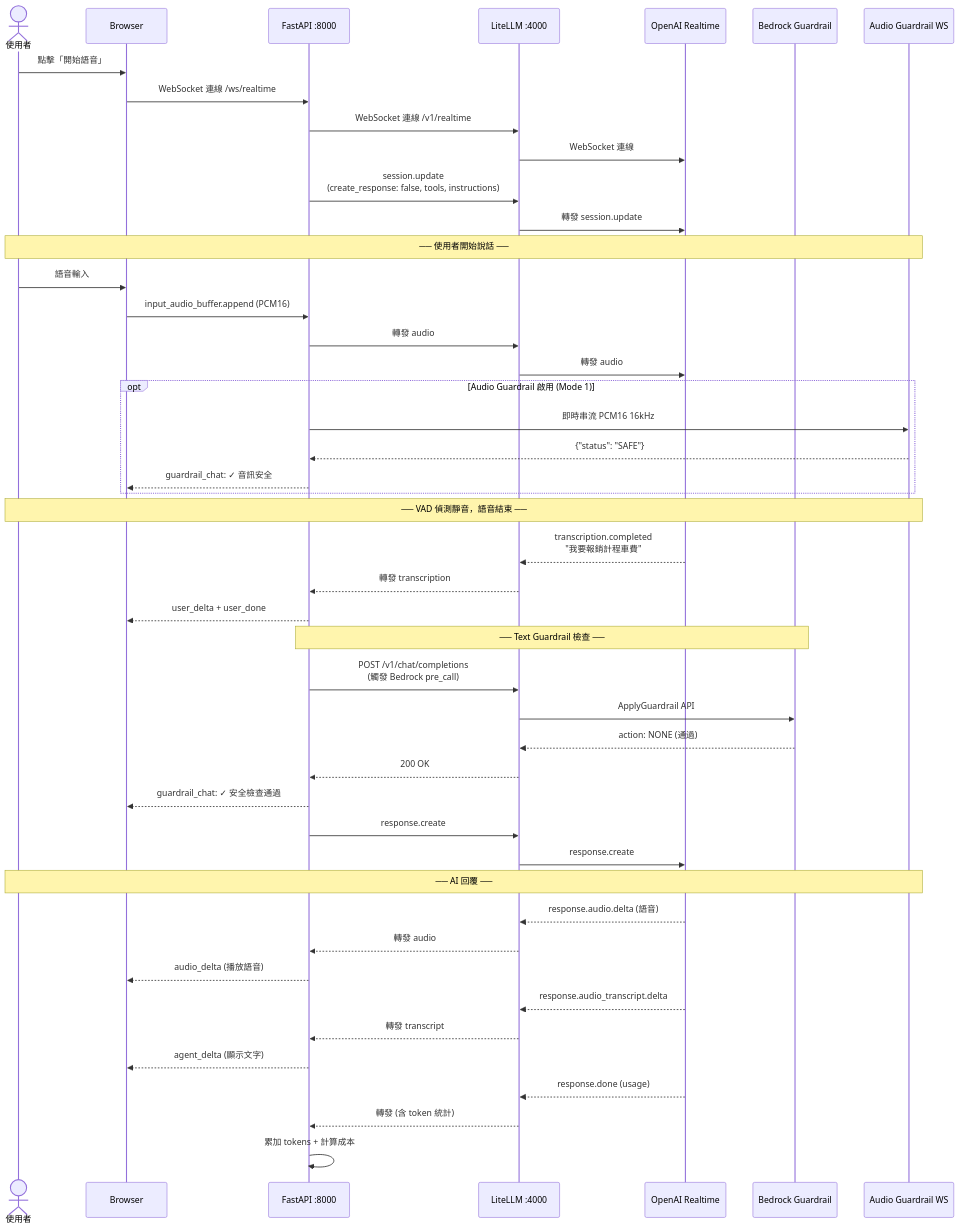
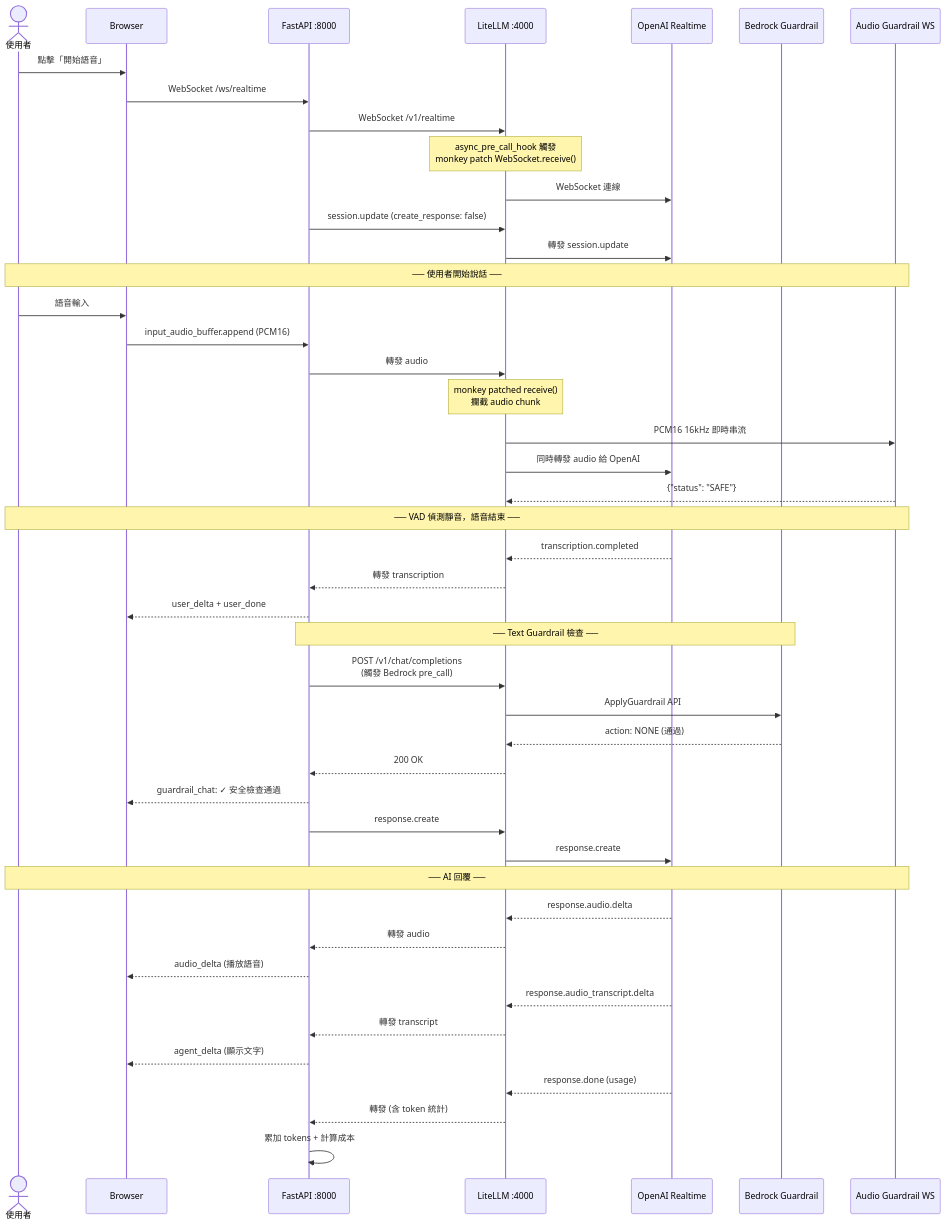
One commit to vic4code/speech-form-filling-demo changed the second of 4 diagrams in ARCHITECTURE.md. Above: the diagram before and after it, drawn with Mermaid. The commit also changed other lines of this file and 1 other file, not shown here.

First line of the commit message:
Update architecture diagrams to reflect monkey patch approach

````diff
--- a/ARCHITECTURE.md
+++ b/ARCHITECTURE.md
@@ -51,62 +51,64 @@
 ```mermaid
 sequenceDiagram
     actor User as 使用者
     participant Browser as Browser
     participant FastAPI as FastAPI :8000
     participant LiteLLM as LiteLLM :4000
     participant OpenAI as OpenAI Realtime
     participant Bedrock as Bedrock Guardrail
     participant AudioGR as Audio Guardrail WS
 
     User->>Browser: 點擊「開始語音」
-    Browser->>FastAPI: WebSocket 連線 /ws/realtime
-    FastAPI->>LiteLLM: WebSocket 連線 /v1/realtime
+    Browser->>FastAPI: WebSocket /ws/realtime
+    FastAPI->>LiteLLM: WebSocket /v1/realtime
+
+    Note over LiteLLM: async_pre_call_hook 觸發<br/>monkey patch WebSocket.receive()
+
     LiteLLM->>OpenAI: WebSocket 連線
-
-    FastAPI->>LiteLLM: session.update<br/>(create_response: false, tools, instructions)
+    FastAPI->>LiteLLM: session.update (create_response: false)
     LiteLLM->>OpenAI: 轉發 session.update
 
     Note over User,AudioGR: ── 使用者開始說話 ──
 
     User->>Browser: 語音輸入
     Browser->>FastAPI: input_audio_buffer.append (PCM16)
     FastAPI->>LiteLLM: 轉發 audio
-    LiteLLM->>OpenAI: 轉發 audio
 
-    opt Audio Guardrail 啟用 (Mode 1)
-        FastAPI->>AudioGR: 即時串流 PCM16 16kHz
-        AudioGR-->>FastAPI: {"status": "SAFE"}
-        FastAPI-->>Browser: guardrail_chat: ✓ 音訊安全
-    end
+    Note over LiteLLM: monkey patched receive()<br/>攔截 audio chunk
+
+    LiteLLM->>AudioGR: PCM16 16kHz 即時串流
+    LiteLLM->>OpenAI: 同時轉發 audio 給 OpenAI
+
+    AudioGR-->>LiteLLM: {"status": "SAFE"}
 
     Note over User,AudioGR: ── VAD 偵測靜音，語音結束 ──
 
-    OpenAI-->>LiteLLM: transcription.completed<br/>"我要報銷計程車費"
+    OpenAI-->>LiteLLM: transcription.completed
     LiteLLM-->>FastAPI: 轉發 transcription
     FastAPI-->>Browser: user_delta + user_done
 
     Note over FastAPI,Bedrock: ── Text Guardrail 檢查 ──
 
     FastAPI->>LiteLLM: POST /v1/chat/completions<br/>(觸發 Bedrock pre_call)
     LiteLLM->>Bedrock: ApplyGuardrail API
     Bedrock-->>LiteLLM: action: NONE (通過)
     LiteLLM-->>FastAPI: 200 OK
     FastAPI-->>Browser: guardrail_chat: ✓ 安全檢查通過
 
     FastAPI->>LiteLLM: response.create
     LiteLLM->>OpenAI: response.create
 
     Note over User,AudioGR: ── AI 回覆 ──
 
-    OpenAI-->>LiteLLM: response.audio.delta (語音)
+    OpenAI-->>LiteLLM: response.audio.delta
     LiteLLM-->>FastAPI: 轉發 audio
     FastAPI-->>Browser: audio_delta (播放語音)
 
     OpenAI-->>LiteLLM: response.audio_transcript.delta
     LiteLLM-->>FastAPI: 轉發 transcript
     FastAPI-->>Browser: agent_delta (顯示文字)
 
     OpenAI-->>LiteLLM: response.done (usage)
     LiteLLM-->>FastAPI: 轉發 (含 token 統計)
     FastAPI->>FastAPI: 累加 tokens + 計算成本
 ```
````
